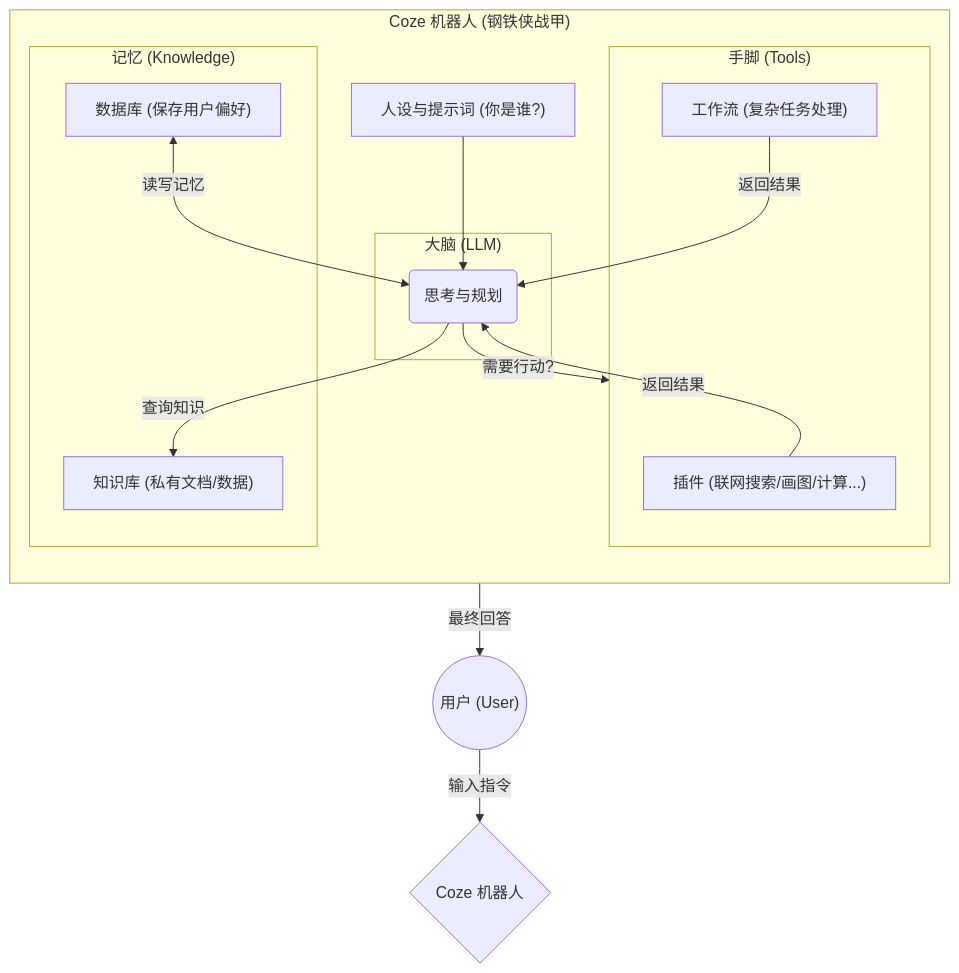
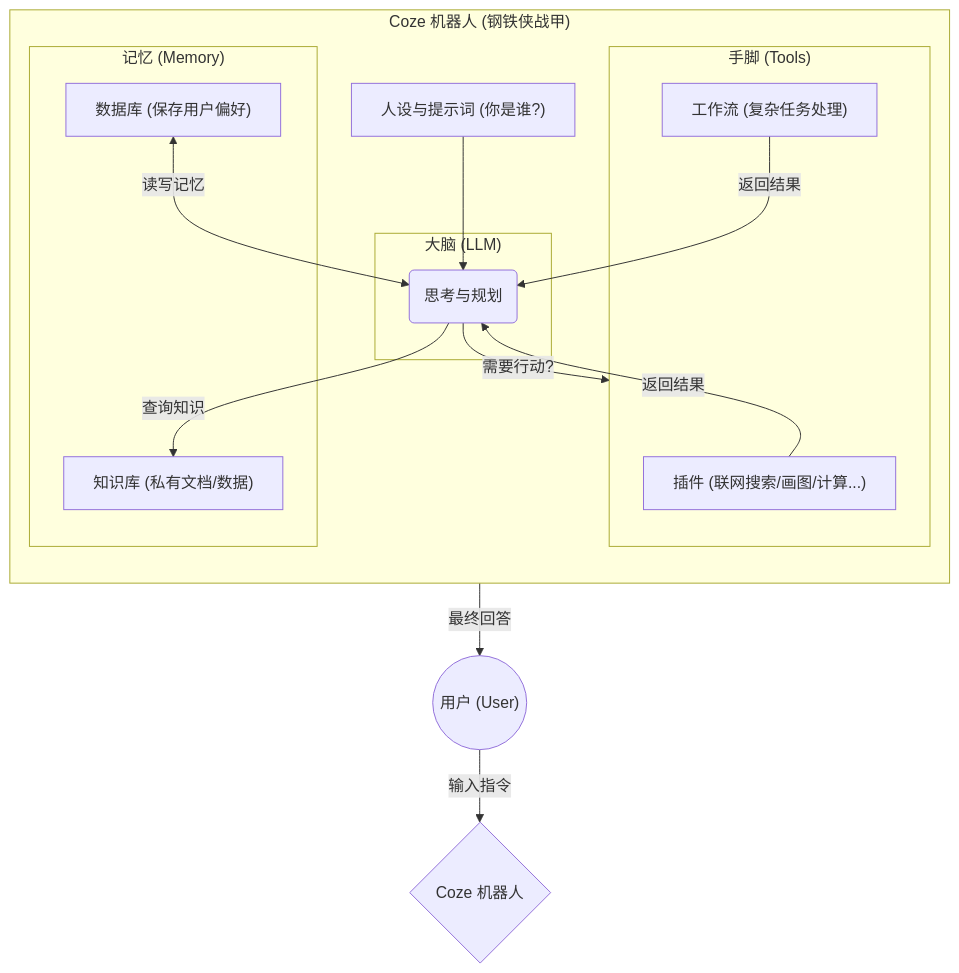
Before and after one commit to briefness/LZYBlog: the diagram in docs/posts/coze/01_Coze_Introduction.md, drawn with Mermaid. The commit also changed other lines of this file and 36 other files, not shown here.

````diff
--- a/docs/posts/coze/01_Coze_Introduction.md
+++ b/docs/posts/coze/01_Coze_Introduction.md
@@ -29,31 +30,31 @@
 ```mermaid
 graph TD
     User(("用户 (User)")) -->|输入指令| Bot{Coze 机器人}
     
     subgraph Bot_IronMan_Suit ["Coze 机器人 (钢铁侠战甲)"]
         direction TB
         Prompt["人设与提示词 (你是谁?)"]
         
         subgraph Brain ["大脑 (LLM)"]
             Think(思考与规划)
         end
         
         subgraph Hands ["手脚 (Tools)"]
             Plugin["插件 (联网搜索/画图/计算...)"]
             Workflow["工作流 (复杂任务处理)"]
         end
         
-        subgraph Memory ["记忆 (Knowledge)"]
+        subgraph Memory ["记忆 (Memory)"]
             KB["知识库 (私有文档/数据)"]
             DB["数据库 (保存用户偏好)"]
         end
         
         Prompt --> Think
         Think -->|查询知识| KB
         Think -->|需要行动?| Hands
         Plugin & Workflow -->|返回结果| Think
         DB <-->|读写记忆| Think
     end
     
     Think -->|最终回答| User
 ```
````
